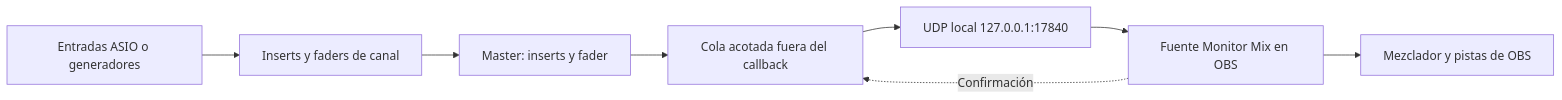
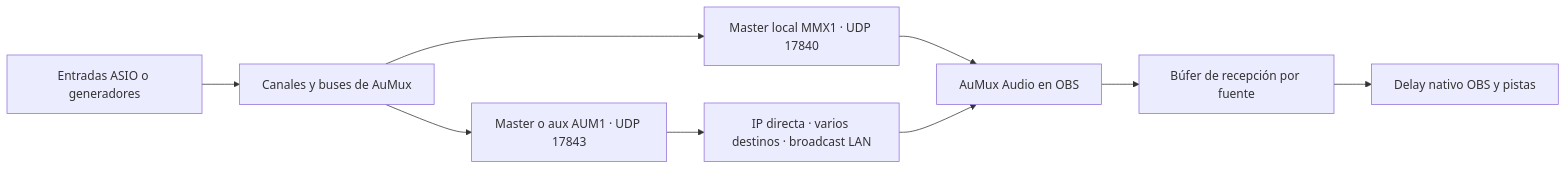
The diagram in docs/puente-obs.md (Lechuga-visual/aumux-consola-virtual), drawn with Mermaid before and after one commit. The commit also changed other lines of this file and 56 other files, not shown here.

Commit message:
Release AuMux 0.12 with named UDP audio and configurable OBS receiver

````diff
--- a/docs/puente-obs.md
+++ b/docs/puente-obs.md
@@ -10,10 +10,11 @@
 ```mermaid
 flowchart LR
-    A[Entradas ASIO o generadores] --> B[Inserts y faders de canal]
-    B --> C[Master: inserts y fader]
-    C --> D[Cola acotada fuera del callback]
-    D --> E[UDP local 127.0.0.1:17840]
-    E --> F[Fuente Monitor Mix en OBS]
-    F --> G[Mezclador y pistas de OBS]
-    F -. Confirmación .-> D
+    A[Entradas ASIO o generadores] --> B[Canales y buses de AuMux]
+    B --> C[Master local MMX1 · UDP 17840]
+    B --> D[Master o aux AUM1 · UDP 17843]
+    D --> E[IP directa · varios destinos · broadcast LAN]
+    C --> F[AuMux Audio en OBS]
+    E --> F
+    F --> G[Búfer de recepción por fuente]
+    G --> H[Delay nativo OBS y pistas]
 ```
````
